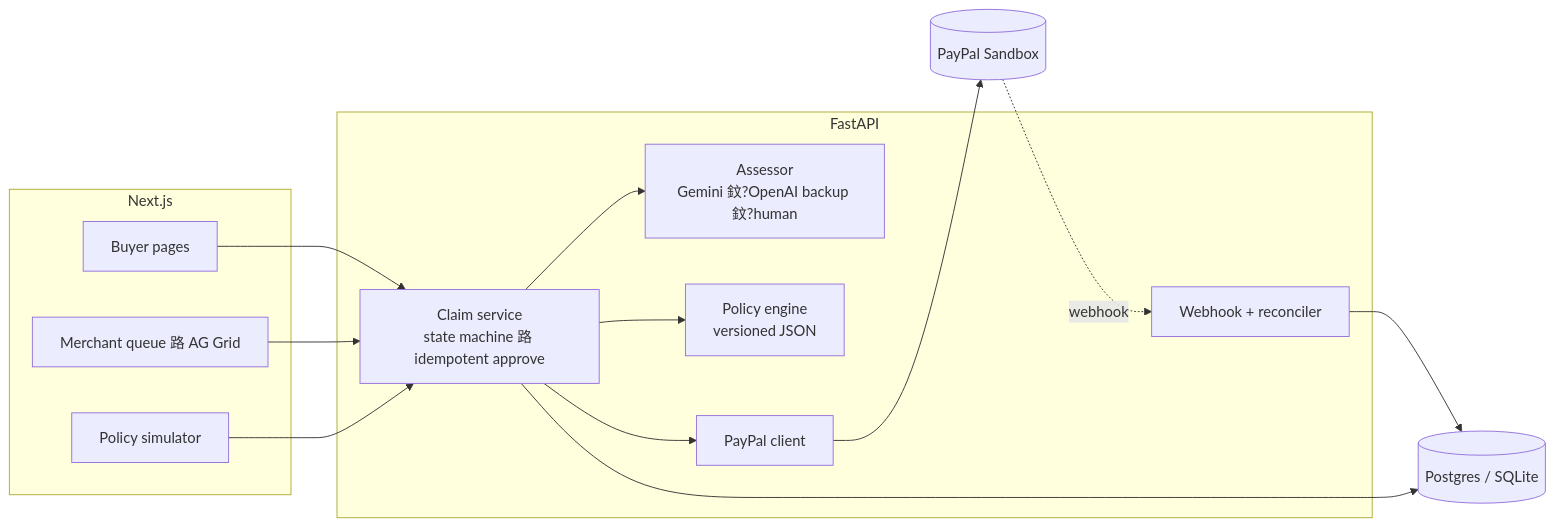
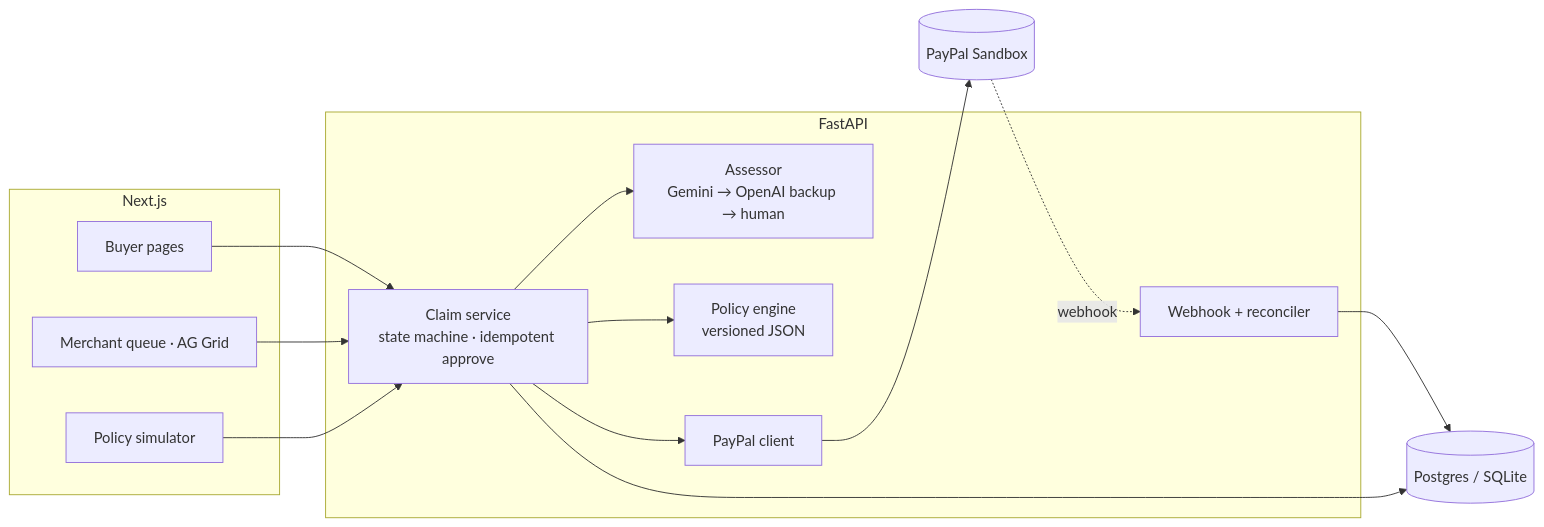
One commit to gujguygfuiyf/refundpilot changed the diagram in README.md. Above: the diagram before and after it, drawn with Mermaid. The commit also changed other lines of this file, not shown here.

````diff
--- a/README.md
+++ b/README.md
@@ -56,22 +56,22 @@
 ```mermaid
 flowchart LR
     subgraph Web["Next.js"]
         B[Buyer pages]
-        M[Merchant queue 路 AG Grid]
+        M[Merchant queue · AG Grid]
         S[Policy simulator]
     end
     subgraph API["FastAPI"]
-        CS[Claim service<br/>state machine 路 idempotent approve]
-        AI[Assessor<br/>Gemini 鈫?OpenAI backup 鈫?human]
+        CS[Claim service<br/>state machine · idempotent approve]
+        AI[Assessor<br/>Gemini → OpenAI backup → human]
         PE[Policy engine<br/>versioned JSON]
         PP[PayPal client]
         WH[Webhook + reconciler]
     end
     DB[(Postgres / SQLite)]
     B & M & S --> CS
     CS --> AI
     CS --> PE
     CS --> PP --> PAYPAL[(PayPal Sandbox)]
     PAYPAL -. webhook .-> WH --> DB
     CS --> DB
 ```
````
